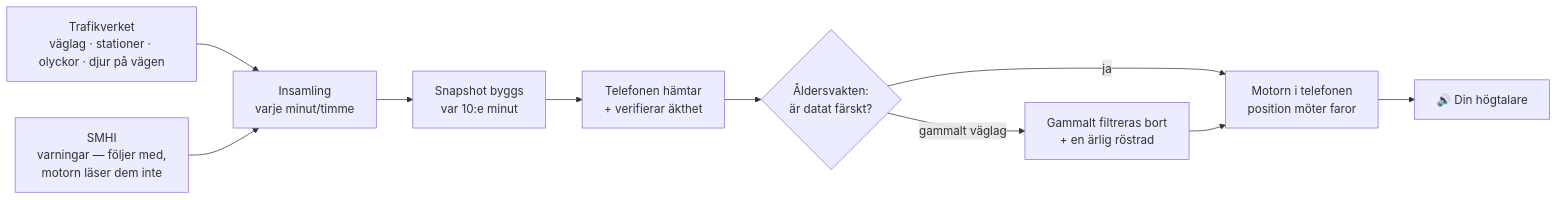
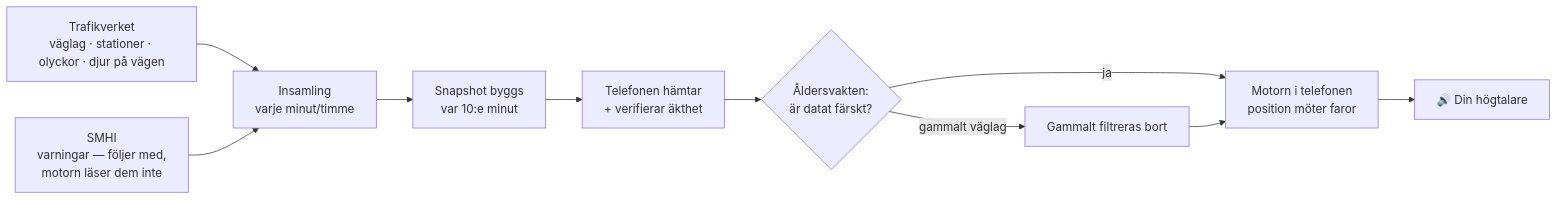
Before and after one commit to Axelstar/Halkvakt: the second of 4 diagrams in docs/PRODUKTBOK.md, drawn with Mermaid. The commit also changed other lines of this file and 12 other files, not shown here.

````diff
--- a/docs/PRODUKTBOK.md
+++ b/docs/PRODUKTBOK.md
@@ -310,12 +309,12 @@
 ```mermaid
 flowchart LR
     TV[Trafikverket<br/>väglag · stationer · olyckor · djur på vägen] --> I[Insamling<br/>varje minut/timme]
     SM[SMHI<br/>varningar — följer med,<br/>motorn läser dem inte] --> I
     I --> S[Snapshot byggs<br/>var 10:e minut]
     S --> T[Telefonen hämtar<br/>+ verifierar äkthet]
     T --> Å{Åldersvakten:<br/>är datat färskt?}
     Å -- ja --> M[Motorn i telefonen<br/>position möter faror]
-    Å -- "gammalt väglag" --> M2[Gammalt filtreras bort<br/>+ en ärlig röstrad]
+    Å -- "gammalt väglag" --> M2[Gammalt filtreras bort]
     M2 --> M
     M --> R[🔊 Din högtalare]
 ```
````
